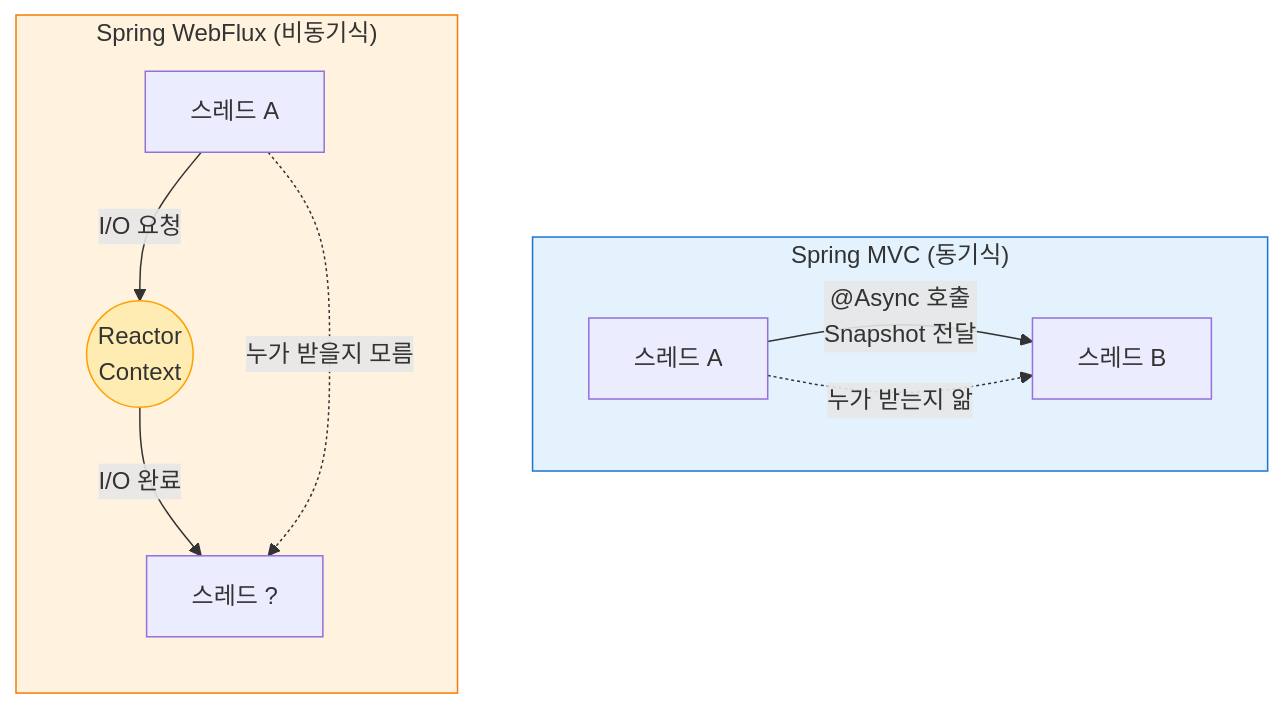
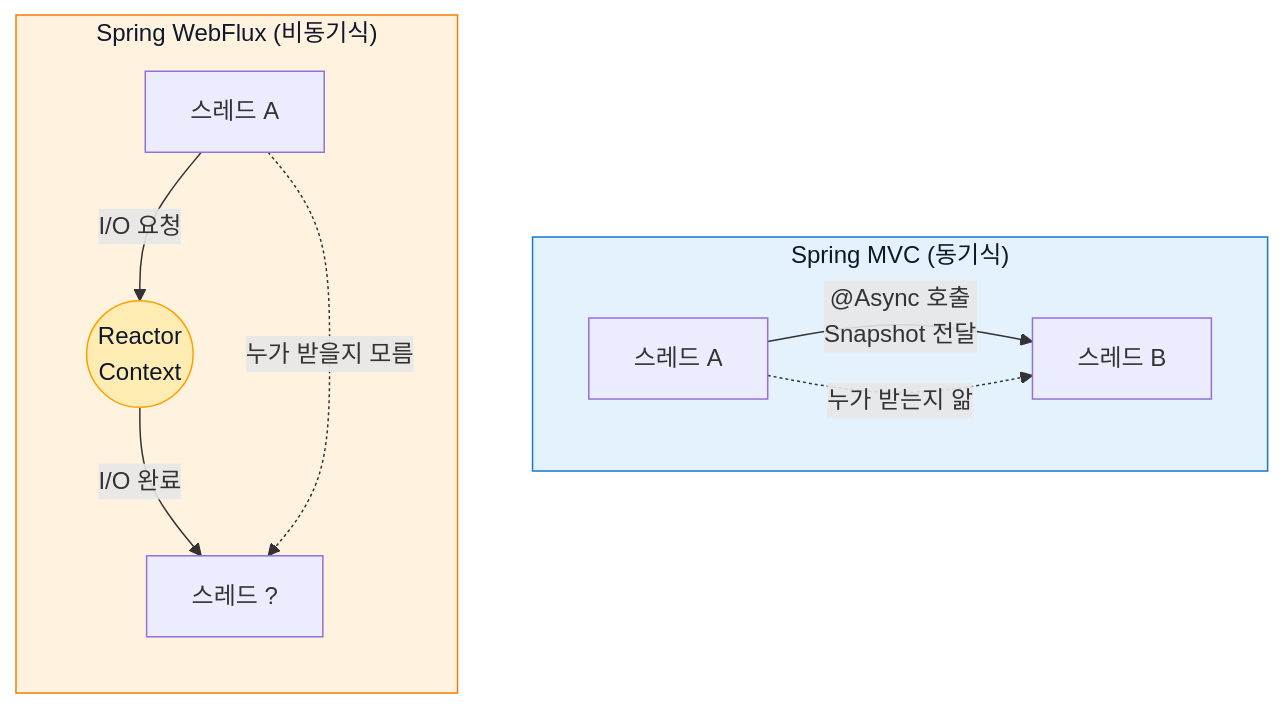
The sixth of 6 diagrams in src/content/blog/tracing-2-threadlocal-mdc.md (snowink1137/blog), drawn with Mermaid before and after one commit. The commit also changed other lines of this file and 17 other files, not shown here.

First line of the commit message:
mermaid 다크모드 대비 수정 — 파스텔 배경 노드의 글자색 명시

````diff
--- a/src/content/blog/tracing-2-threadlocal-mdc.md
+++ b/src/content/blog/tracing-2-threadlocal-mdc.md
@@ -900,19 +900,19 @@
 ```mermaid
 flowchart TB
     subgraph MVC["Spring MVC (동기식)"]
         direction LR
         MA[스레드 A] -->|"@Async 호출<br/>Snapshot 전달"| MB[스레드 B]
         MA -.->|"누가 받는지 앎"| MB
     end
     
     subgraph WebFlux["Spring WebFlux (비동기식)"]
         direction TB
         WA[스레드 A] -->|"I/O 요청"| RC((Reactor<br/>Context))
         RC -->|"I/O 완료"| WB[스레드 ?]
         WA -.->|"누가 받을지 모름"| WB
     end
     
-    style MVC fill:#e3f2fd,stroke:#1976d2
-    style WebFlux fill:#fff3e0,stroke:#f57c00
-    style RC fill:#ffecb3,stroke:#ffa000
+    style MVC fill:#e3f2fd,color:#0f172a,stroke:#1976d2
+    style WebFlux fill:#fff3e0,color:#0f172a,stroke:#f57c00
+    style RC fill:#ffecb3,color:#0f172a,stroke:#ffa000
 ```
````
